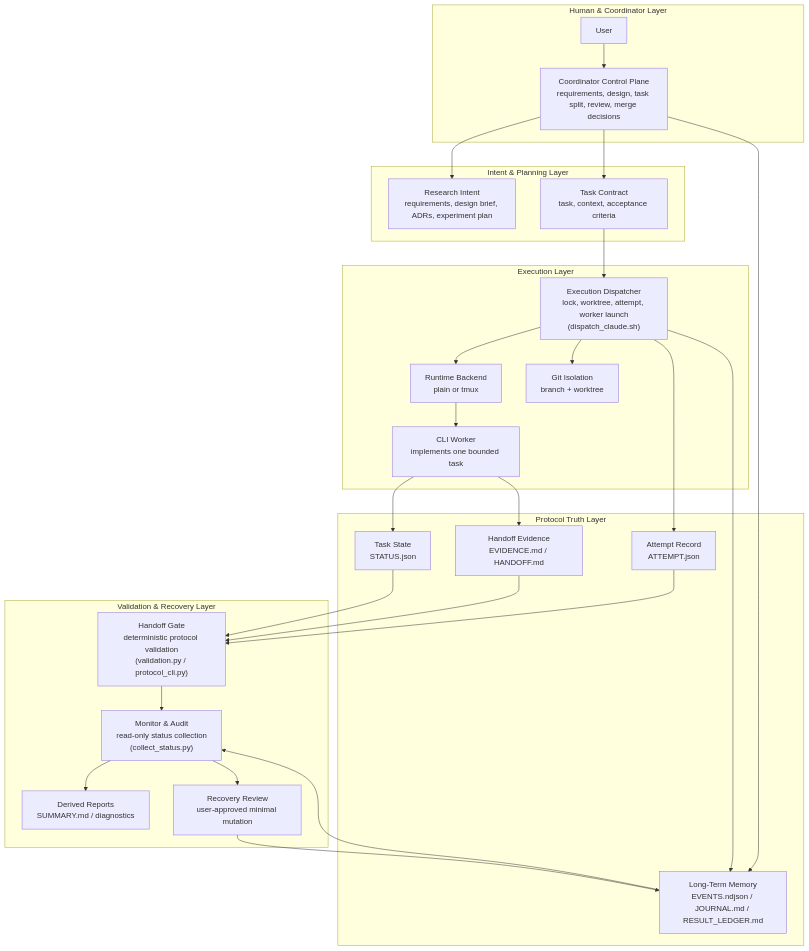
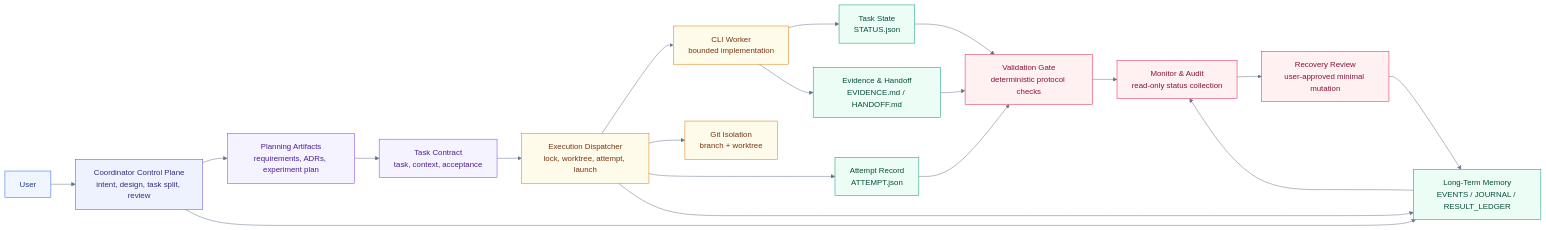
The first of 2 diagrams in README.md (LKCY23/research-dev-orchestrator), drawn with Mermaid before and after one commit. The commit also changed other lines of this file, not shown here.

Commit message:
Style README architecture diagrams

````diff
--- a/README.md
+++ b/README.md
@@ -56,56 +56,44 @@
 ```mermaid
-flowchart TB
-  subgraph Human["Human & Coordinator Layer"]
-    U["User"]
-    C["Coordinator Control Plane<br/>requirements, design, task split, review, merge decisions"]
-  end
-
-  subgraph Planning["Intent & Planning Layer"]
-    P["Research Intent<br/>requirements, design brief, ADRs, experiment plan"]
-    TC["Task Contract<br/>task, context, acceptance criteria"]
-  end
-
-  subgraph Execution["Execution Layer"]
-    ED["Execution Dispatcher<br/>lock, worktree, attempt, worker launch<br/>(dispatch_claude.sh)"]
-    RB["Runtime Backend<br/>plain or tmux"]
-    CW["CLI Worker<br/>implements one bounded task"]
-    GI["Git Isolation<br/>branch + worktree"]
-  end
-
-  subgraph Truth["Protocol Truth Layer"]
-    TS["Task State<br/>STATUS.json"]
-    AR["Attempt Record<br/>ATTEMPT.json"]
-    HE["Handoff Evidence<br/>EVIDENCE.md / HANDOFF.md"]
-    LM["Long-Term Memory<br/>EVENTS.ndjson / JOURNAL.md / RESULT_LEDGER.md"]
-  end
-
-  subgraph Validation["Validation & Recovery Layer"]
-    HG["Handoff Gate<br/>deterministic protocol validation<br/>(validation.py / protocol_cli.py)"]
-    MA["Monitor & Audit<br/>read-only status collection<br/>(collect_status.py)"]
-    DR["Derived Reports<br/>SUMMARY.md / diagnostics"]
-    RR["Recovery Review<br/>user-approved minimal mutation"]
-  end
+%%{init: {"theme":"base","themeVariables":{"fontFamily":"Inter, ui-sans-serif, system-ui","primaryColor":"#f8fafc","primaryTextColor":"#0f172a","primaryBorderColor":"#cbd5e1","lineColor":"#64748b","tertiaryColor":"#ffffff"}}}%%
+flowchart LR
+  U["User"]:::human
+  C["Coordinator Control Plane<br/>intent, design, task split, review"]:::coord
+  P["Planning Artifacts<br/>requirements, ADRs, experiment plan"]:::planning
+  T["Task Contract<br/>task, context, acceptance"]:::planning
+  D["Execution Dispatcher<br/>lock, worktree, attempt, launch"]:::exec
+  W["CLI Worker<br/>bounded implementation"]:::exec
+  G["Git Isolation<br/>branch + worktree"]:::exec
+  S["Task State<br/>STATUS.json"]:::truth
+  A["Attempt Record<br/>ATTEMPT.json"]:::truth
+  E["Evidence & Handoff<br/>EVIDENCE.md / HANDOFF.md"]:::truth
+  M["Long-Term Memory<br/>EVENTS / JOURNAL / RESULT_LEDGER"]:::truth
+  V["Validation Gate<br/>deterministic protocol checks"]:::validate
+  O["Monitor & Audit<br/>read-only status collection"]:::validate
+  R["Recovery Review<br/>user-approved minimal mutation"]:::validate
 
   U --> C
   C --> P
-  C --> TC
-  TC --> ED
-  ED --> RB
-  RB --> CW
-  ED --> GI
+  P --> T
+  T --> D
+  D --> W
+  D --> G
+  W --> S
+  W --> E
+  D --> A
+  C --> M
+  D --> M
+  S --> V
+  A --> V
+  E --> V
+  V --> O
+  M --> O
+  O --> R
+  R --> M
 
-  CW --> TS
-  CW --> HE
-  ED --> AR
-  ED --> LM
-  C --> LM
-
-  TS --> HG
-  AR --> HG
-  HE --> HG
-  HG --> MA
-  LM --> MA
-  MA --> DR
-  MA --> RR
-  RR --> LM
+  classDef human fill:#eff6ff,stroke:#2563eb,color:#1e3a8a;
+  classDef coord fill:#eef2ff,stroke:#4f46e5,color:#312e81;
+  classDef planning fill:#f5f3ff,stroke:#7c3aed,color:#4c1d95;
+  classDef exec fill:#fffbeb,stroke:#d97706,color:#78350f;
+  classDef truth fill:#ecfdf5,stroke:#059669,color:#064e3b;
+  classDef validate fill:#fff1f2,stroke:#e11d48,color:#881337;
 ```
````
